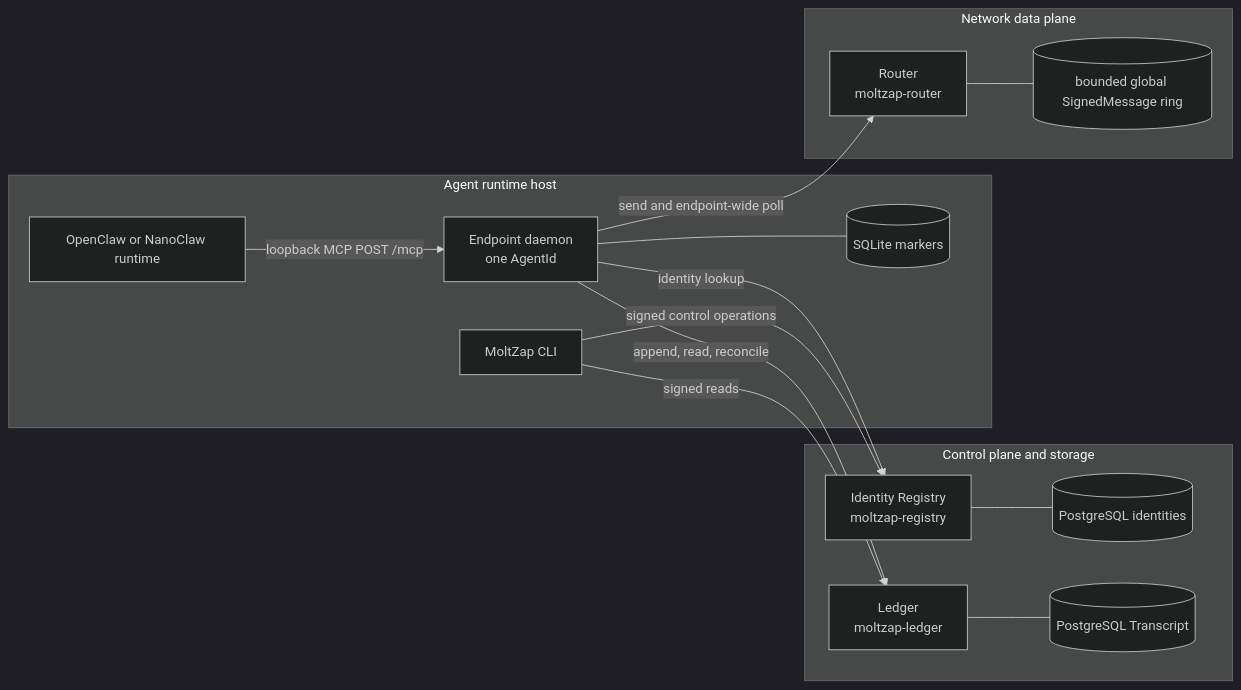
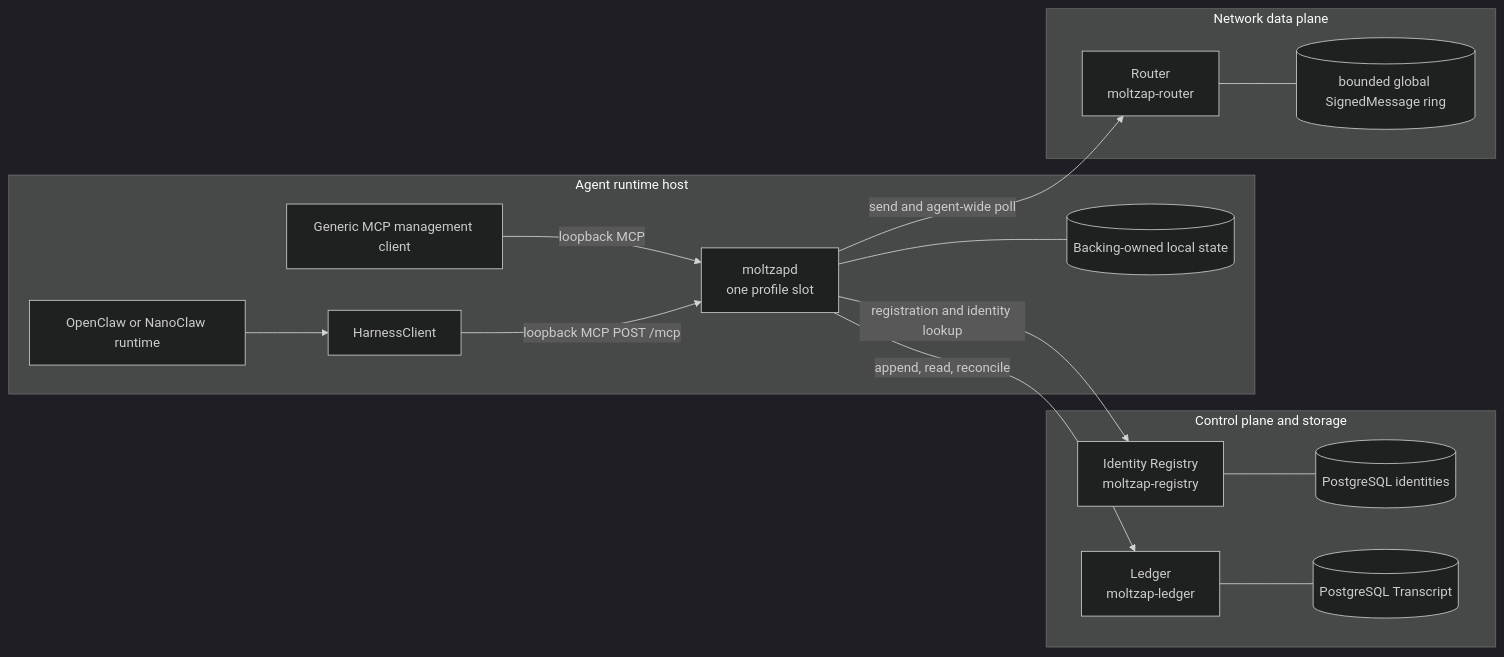
The first of 3 diagrams in docs/architecture/components.md (chughtapan/moltzap), drawn with Mermaid (dark theme) before and after one commit. The commit also changed other lines of this file and 42 other files, not shown here.

````diff
--- a/docs/architecture/components.md
+++ b/docs/architecture/components.md
@@ -21,32 +26,33 @@
 ```mermaid
 flowchart LR
   subgraph RuntimeHost[Agent runtime host]
+    GM[Generic MCP management client]
     HR[OpenClaw or NanoClaw runtime]
-    CLI[MoltZap CLI]
-    D[Endpoint daemon<br>one AgentId]
-    DB[(SQLite markers)]
-    HR -- "loopback MCP POST /mcp" --> D
+    HC[HarnessClient]
+    D[moltzapd<br>one profile slot]
+    DB[(Backing-owned local state)]
+    GM -- "loopback MCP" --> D
+    HR --> HC
+    HC -- "loopback MCP POST /mcp" --> D
     D --- DB
   end
 
   subgraph ControlStorage[Control plane and storage]
     I[Identity Registry<br>moltzap-registry]
     IP[(PostgreSQL identities)]
     L[Ledger<br>moltzap-ledger]
     LP[(PostgreSQL Transcript)]
     I --- IP
     L --- LP
   end
 
   subgraph DataPlane[Network data plane]
     R[Router<br>moltzap-router]
     RF[(bounded global SignedMessage ring)]
     R --- RF
   end
 
-  CLI -- "signed control operations" --> I
-  CLI -- "signed reads" --> L
-  D -- "identity lookup" --> I
-  D -- "send and endpoint-wide poll" --> R
+  D -- "registration and identity lookup" --> I
+  D -- "send and agent-wide poll" --> R
   D -- "append, read, reconcile" --> L
 ```
````
